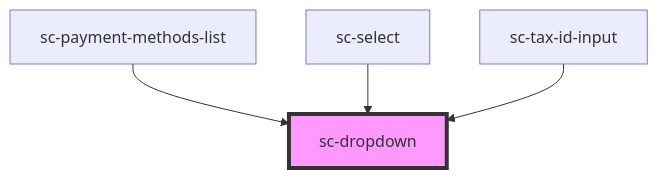
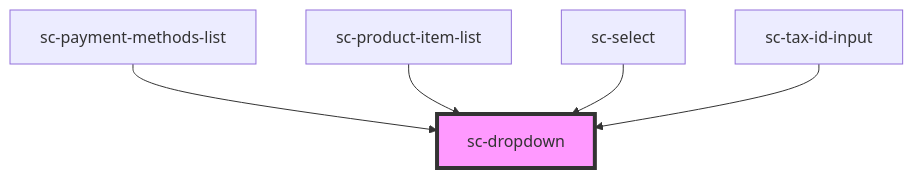
The diagram in packages/components/src/components/ui/dropdown/readme.md (surecart/surecart-wp-plugin), drawn with Mermaid before and after one commit. The commit also changed other lines of this file and 45 other files, not shown here.

````diff
--- a/packages/components/src/components/ui/dropdown/readme.md
+++ b/packages/components/src/components/ui/dropdown/readme.md
@@ -47,7 +48,8 @@
 ```mermaid
 graph TD;
   sc-payment-methods-list --> sc-dropdown
+  sc-product-item-list --> sc-dropdown
   sc-select --> sc-dropdown
   sc-tax-id-input --> sc-dropdown
   style sc-dropdown fill:#f9f,stroke:#333,stroke-width:4px
 ```
````
